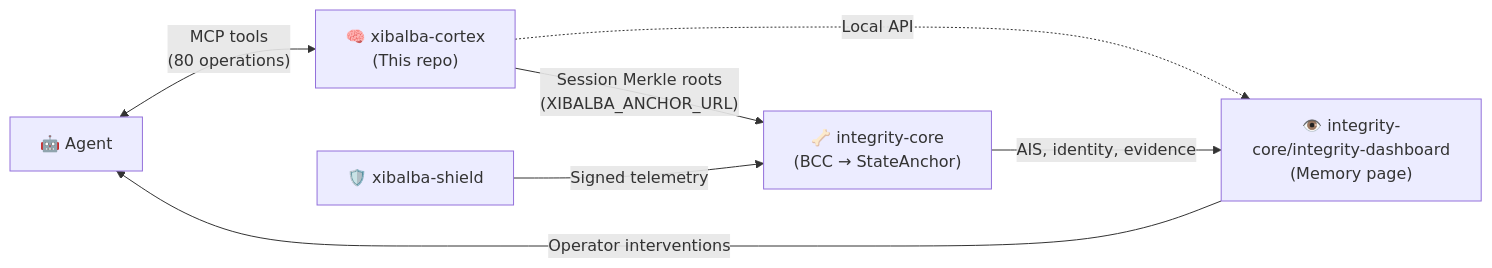
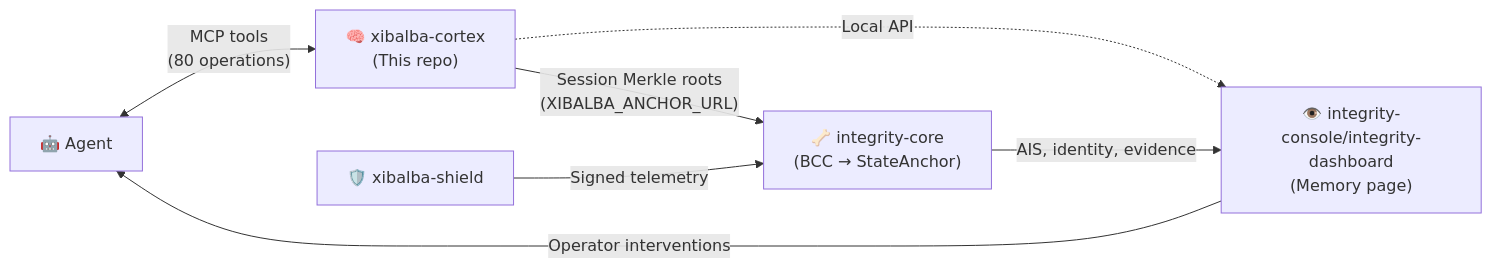
The second of 2 diagrams in README.md (XibalbaTechSol/xibalba-cortex), drawn with Mermaid before and after one commit. The commit also changed other lines of this file, not shown here.

First line of the commit message:
Docs: document Shield's shield_event/shield_advisory memories; console move

````diff
--- a/README.md
+++ b/README.md
@@ -421,9 +421,9 @@
 ```mermaid
 flowchart LR
     Agent["🤖 Agent"] <-->|"MCP tools<br/>(80 operations)"| Brain["🧠 xibalba-cortex<br/>(This repo)"]
     Brain -->|"Session Merkle roots<br/>(XIBALBA_ANCHOR_URL)"| Backbone["🦴 integrity-core<br/>(BCC → StateAnchor)"]
-    Brain -.->|"Local API"| Eyes["👁️ integrity-core/integrity-dashboard<br/>(Memory page)"]
+    Brain -.->|"Local API"| Eyes["👁️ integrity-console/integrity-dashboard<br/>(Memory page)"]
     Immune["🛡️ xibalba-shield"] -->|"Signed telemetry"| Backbone
     Backbone -->|"AIS, identity, evidence"| Eyes
     Eyes -->|"Operator interventions"| Agent
 ```
````
